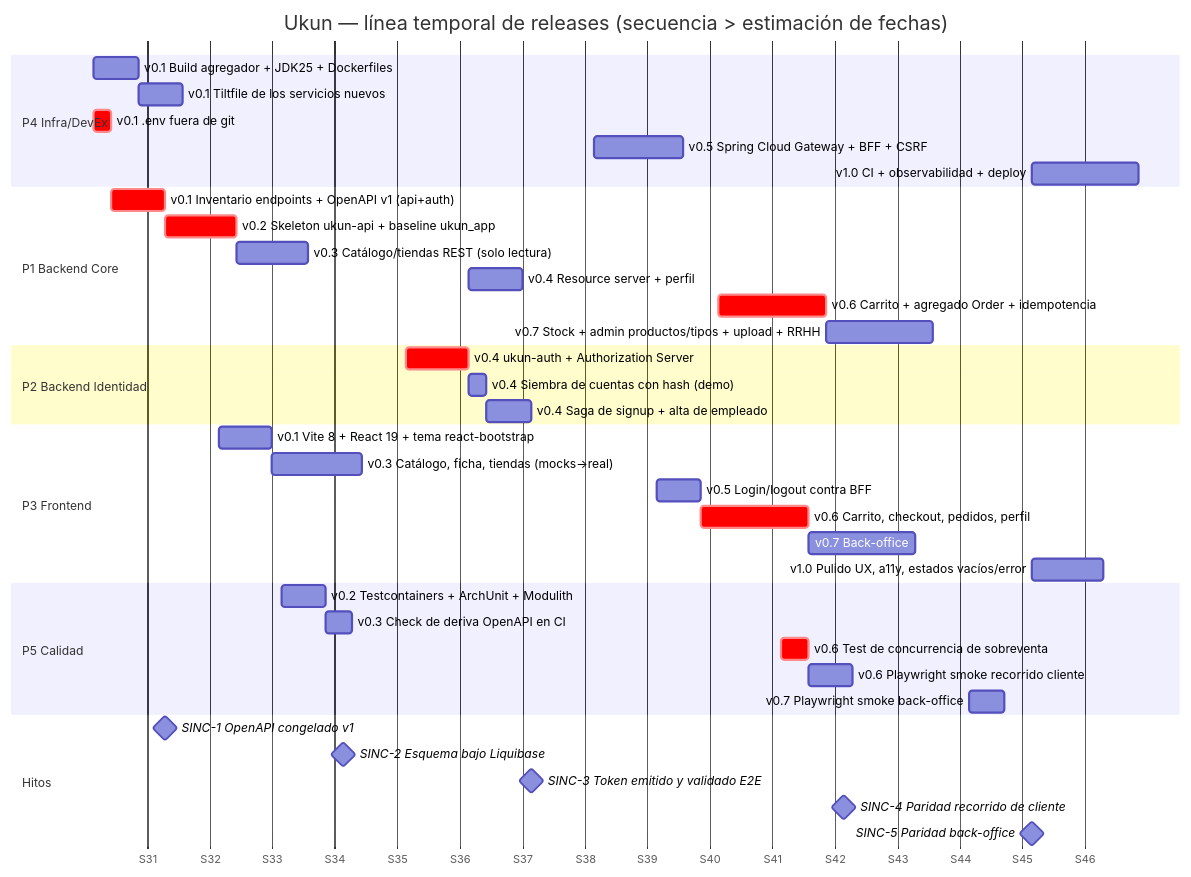
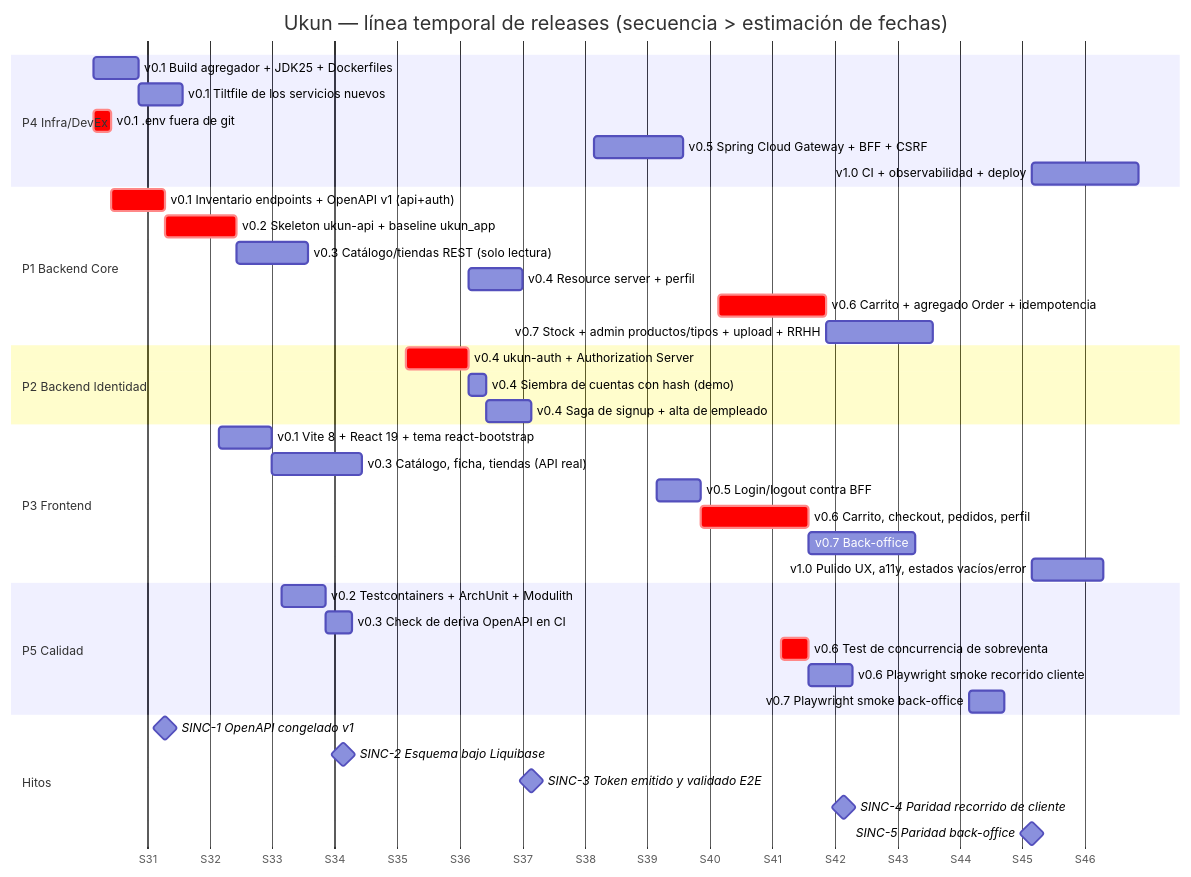
The second of 2 diagrams in docs/04-roadmap.md (sandoretti/ukun), drawn with Mermaid before and after one commit. The commit also changed other lines of this file and 49 other files, not shown here.

First line of the commit message:
feat(web): el catálogo se cierra contra el API real y sin mocks de navegador

````diff
--- a/docs/04-roadmap.md
+++ b/docs/04-roadmap.md
@@ -92,48 +92,48 @@
 ```mermaid
 gantt
     title Ukun — línea temporal de releases (secuencia > estimación de fechas)
     dateFormat  YYYY-MM-DD
     axisFormat  S%W
 
     section P4 Infra/DevEx
     v0.1 Build agregador + JDK25 + Dockerfiles   :i1, 2026-08-03, 5d
     v0.1 Tiltfile de los servicios nuevos        :i2, after i1, 5d
     v0.1 .env fuera de git                       :crit, i3, 2026-08-03, 2d
     v0.5 Spring Cloud Gateway + BFF + CSRF       :i4, 2026-09-28, 10d
     v1.0 CI + observabilidad + deploy            :i6, 2026-11-16, 12d
 
     section P1 Backend Core
     v0.1 Inventario endpoints + OpenAPI v1 (api+auth) :crit, b0, 2026-08-05, 6d
     v0.2 Skeleton ukun-api + baseline ukun_app    :crit, b1, after b0, 8d
     v0.3 Catálogo/tiendas REST (solo lectura)     :b3, after b1, 8d
     v0.4 Resource server + perfil                 :b4, 2026-09-14, 6d
     v0.6 Carrito + agregado Order + idempotencia  :crit, b5, 2026-10-12, 12d
     v0.7 Stock + admin productos/tipos + upload + RRHH :b6, after b5, 12d
 
     section P2 Backend Identidad
     v0.4 ukun-auth + Authorization Server         :crit, a1, 2026-09-07, 7d
     v0.4 Siembra de cuentas con hash (demo)       :a2, after a1, 2d
     v0.4 Saga de signup + alta de empleado        :a3, after a2, 5d
 
     section P3 Frontend
     v0.1 Vite 8 + React 19 + tema react-bootstrap :f0, 2026-08-17, 6d
-    v0.3 Catálogo, ficha, tiendas (mocks->real)   :f1, after f0, 10d
+    v0.3 Catálogo, ficha, tiendas (API real)      :f1, after f0, 10d
     v0.5 Login/logout contra BFF                  :f2, 2026-10-05, 5d
     v0.6 Carrito, checkout, pedidos, perfil       :crit, f3, after f2, 12d
     v0.7 Back-office: stock + admin               :f4, after f3, 12d
     v1.0 Pulido UX, a11y, estados vacíos/error    :f5, 2026-11-16, 8d
 
     section P5 Calidad
     v0.2 Testcontainers + ArchUnit + Modulith     :q1, 2026-08-24, 5d
     v0.3 Check de deriva OpenAPI en CI            :q2, after q1, 3d
     v0.6 Test de concurrencia de sobreventa       :crit, q3, 2026-10-19, 3d
     v0.6 Playwright smoke recorrido cliente       :q4, after q3, 5d
     v0.7 Playwright smoke back-office             :q5, 2026-11-09, 4d
 
     section Hitos
     SINC-1 OpenAPI congelado v1                   :milestone, m1, 2026-08-11, 0d
     SINC-2 Esquema bajo Liquibase                 :milestone, m2, 2026-08-31, 0d
     SINC-3 Token emitido y validado E2E           :milestone, m3, 2026-09-21, 0d
     SINC-4 Paridad recorrido de cliente           :milestone, m4, 2026-10-26, 0d
     SINC-5 Paridad back-office                    :milestone, m5, 2026-11-16, 0d
 ```
````
